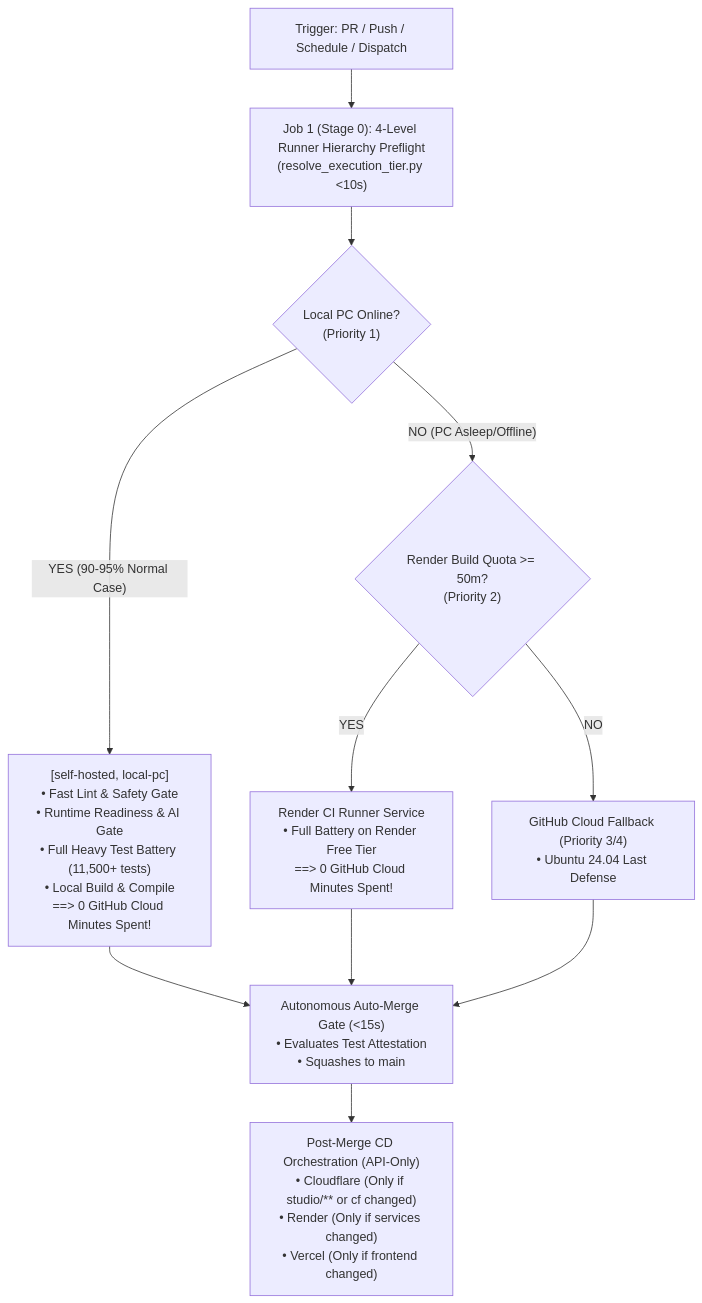
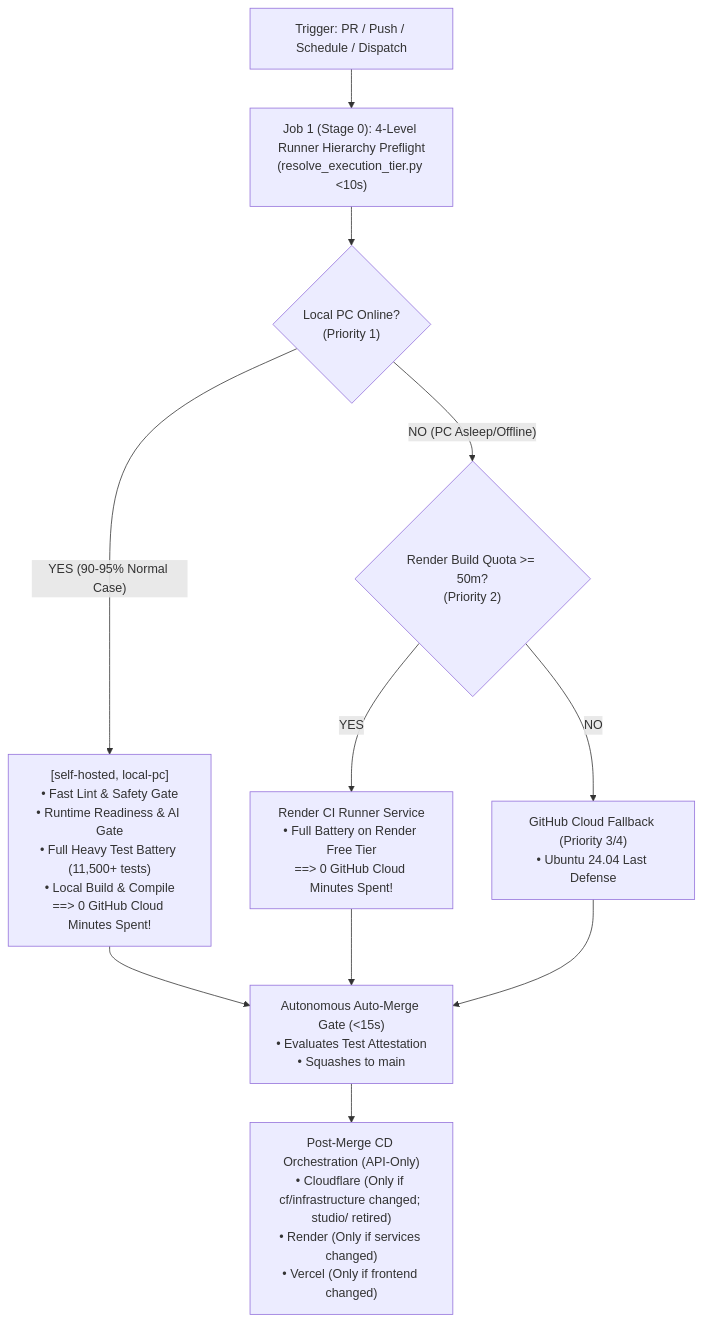
The first of 2 diagrams in docs/PIPELINE_ARCHITECTURE_AND_EXECUTION_SSOT.md (Supremeai-bd/supremeai), drawn with Mermaid before and after one commit. The commit also changed other lines of this file and 71 other files, not shown here.

````diff
--- a/docs/PIPELINE_ARCHITECTURE_AND_EXECUTION_SSOT.md
+++ b/docs/PIPELINE_ARCHITECTURE_AND_EXECUTION_SSOT.md
@@ -29,20 +29,20 @@
 ```mermaid
 flowchart TD
     WorkflowStart["Trigger: PR / Push / Schedule / Dispatch"] --> Stage0["Job 1 (Stage 0): 4-Level Runner Hierarchy Preflight\n(resolve_execution_tier.py <10s)"]
     
     Stage0 --> IsLocal{"Local PC Online?\n(Priority 1)"}
     
     IsLocal -- "YES (90-95% Normal Case)" --> RunLocal["[self-hosted, local-pc]\n• Fast Lint & Safety Gate\n• Runtime Readiness & AI Gate\n• Full Heavy Test Battery (11,500+ tests)\n• Local Build & Compile\n==> 0 GitHub Cloud Minutes Spent!"]
     
     IsLocal -- "NO (PC Asleep/Offline)" --> CheckRender{"Render Build Quota >= 50m?\n(Priority 2)"}
     
     CheckRender -- "YES" --> RunRenderCI["Render CI Runner Service\n• Full Battery on Render Free Tier\n==> 0 GitHub Cloud Minutes Spent!"]
     
     CheckRender -- "NO" --> FallbackGitHub["GitHub Cloud Fallback (Priority 3/4)\n• Ubuntu 24.04 Last Defense"]
     
     RunLocal --> AutoMerge["Autonomous Auto-Merge Gate (<15s)\n• Evaluates Test Attestation\n• Squashes to main"]
     RunRenderCI --> AutoMerge
     FallbackGitHub --> AutoMerge
     
-    AutoMerge --> PostMergeDeploy["Post-Merge CD Orchestration (API-Only)\n• Cloudflare (Only if studio/** or cf changed)\n• Render (Only if services changed)\n• Vercel (Only if frontend changed)"]
+    AutoMerge --> PostMergeDeploy["Post-Merge CD Orchestration (API-Only)\n• Cloudflare (Only if cf/infrastructure changed; studio/ retired)\n• Render (Only if services changed)\n• Vercel (Only if frontend changed)"]
 ```
````
